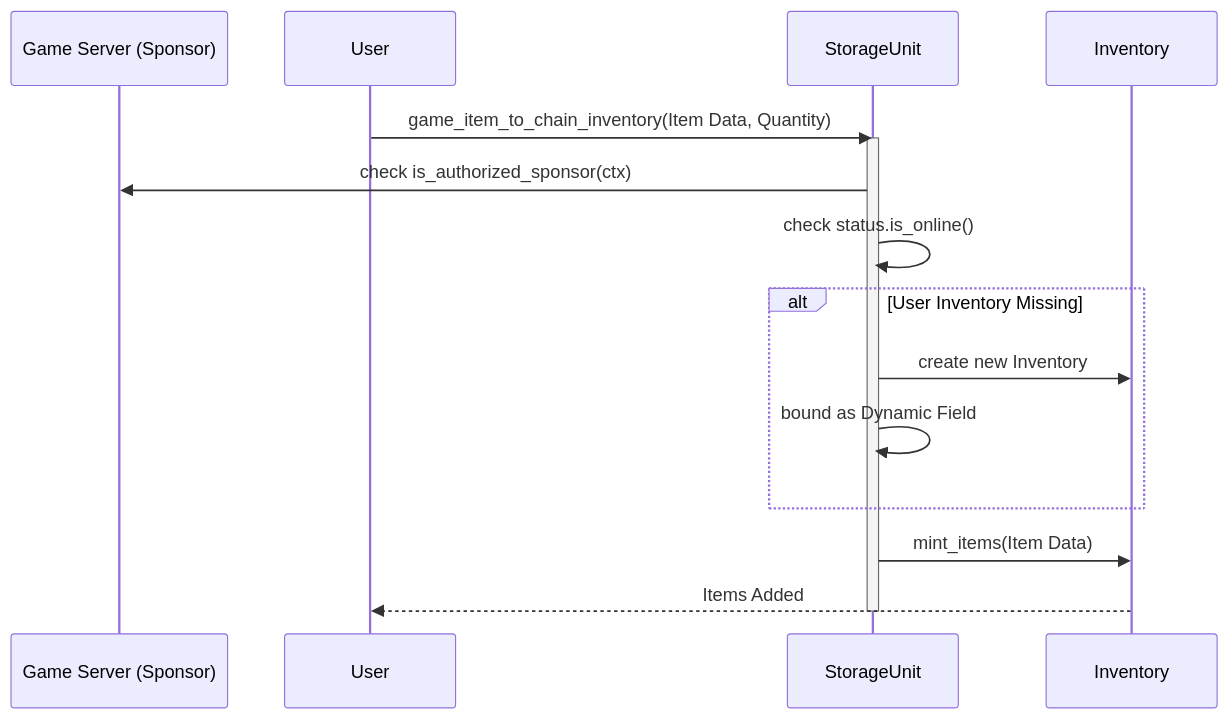
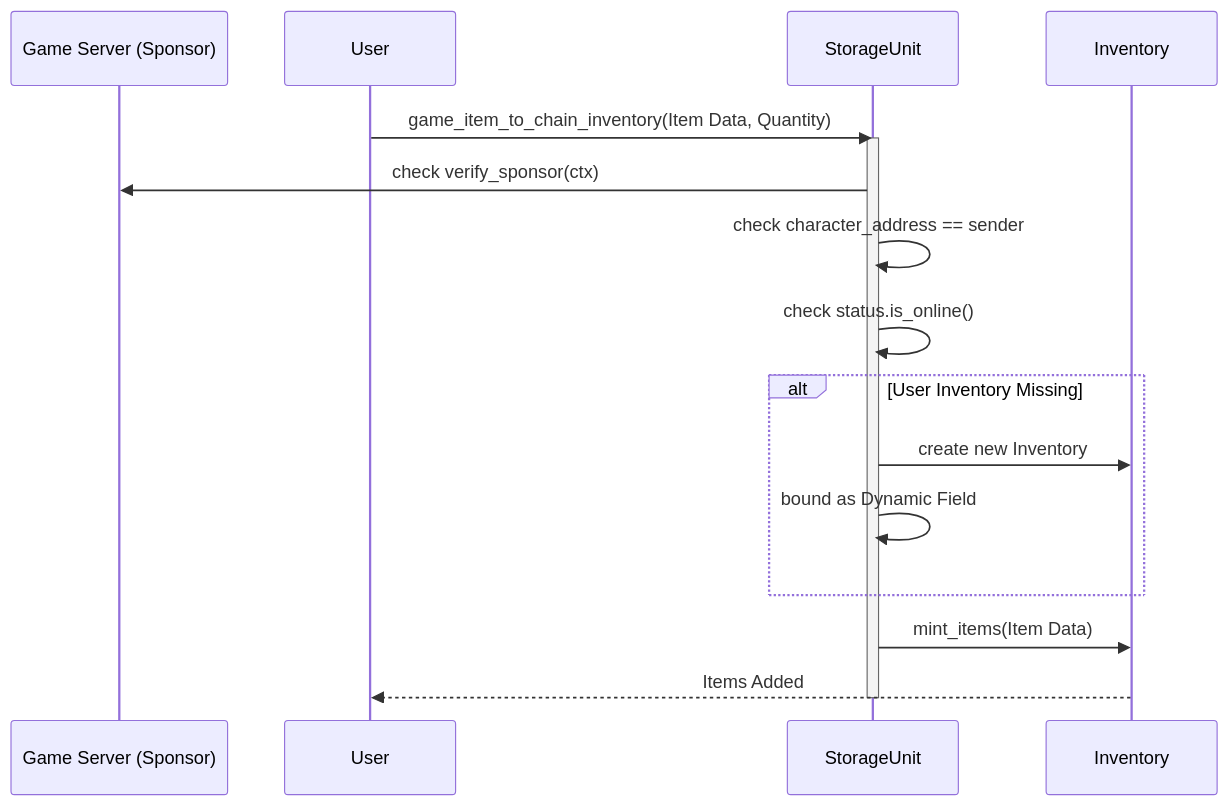
One commit to Scetrov/frontier.scetrov.live changed the third of 3 diagrams in content/develop/world-contracts/assemblies/storage_unit.move.md. Above: the diagram before and after it, drawn with Mermaid. The commit also changed other lines of this file and 8 other files, not shown here.

````diff
--- a/content/develop/world-contracts/assemblies/storage_unit.move.md
+++ b/content/develop/world-contracts/assemblies/storage_unit.move.md
@@ -104,21 +107,22 @@
 ```mermaid
 sequenceDiagram
     participant Admin as Game Server (Sponsor)
     participant User
     participant StorageUnit
     participant Inventory
     
     User->>StorageUnit: game_item_to_chain_inventory(Item Data, Quantity)
     activate StorageUnit
-    StorageUnit->>Admin: check is_authorized_sponsor(ctx)
+    StorageUnit->>Admin: check verify_sponsor(ctx)
+    StorageUnit->>StorageUnit: check character_address == sender
     StorageUnit->>StorageUnit: check status.is_online()
     
     alt User Inventory Missing
         StorageUnit->>Inventory: create new Inventory
         StorageUnit->>StorageUnit: bound as Dynamic Field
     end
     
     StorageUnit->>Inventory: mint_items(Item Data)
     Inventory-->>User: Items Added
     deactivate StorageUnit
 ```
````
